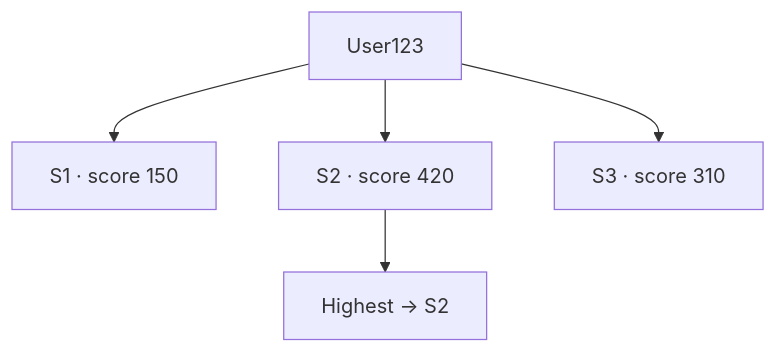
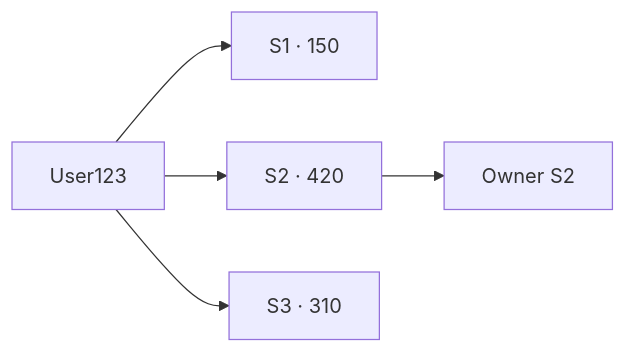
Diagram 15 of 43 in 05-distributed-databases/README.md (hareramcse/SystemDesign), drawn with Mermaid before and after one commit. The commit also changed other lines of this file and 14 other files, not shown here.

````diff
--- a/05-distributed-databases/README.md
+++ b/05-distributed-databases/README.md
@@ -1882,7 +1054,7 @@
 ```mermaid
-flowchart TB
-    K[User123] --> S1["S1 · score 150"]
-    K --> S2["S2 · score 420"]
-    K --> S3["S3 · score 310"]
-    S2 --> Win[Highest → S2]
+flowchart LR
+    K[User123] --> S1["S1 · 150"]
+    K --> S2["S2 · 420"]
+    K --> S3["S3 · 310"]
+    S2 --> Win[Owner S2]
 ```
````
